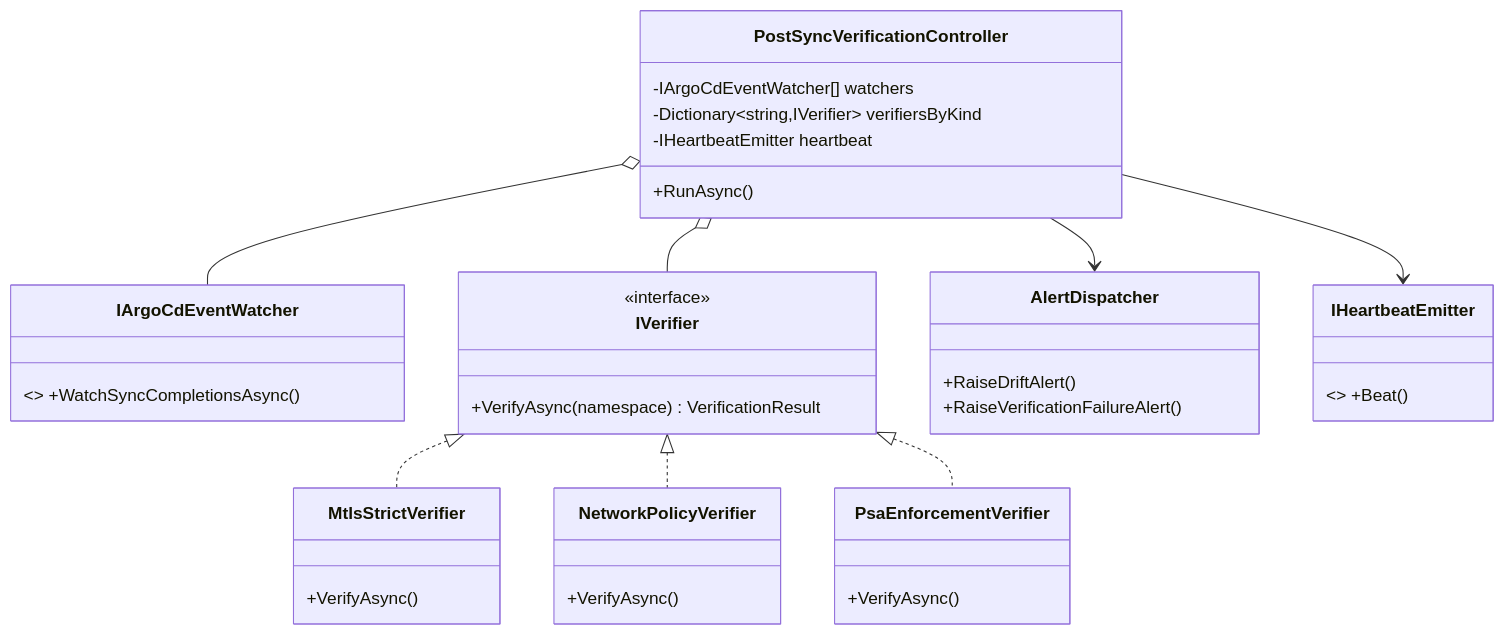
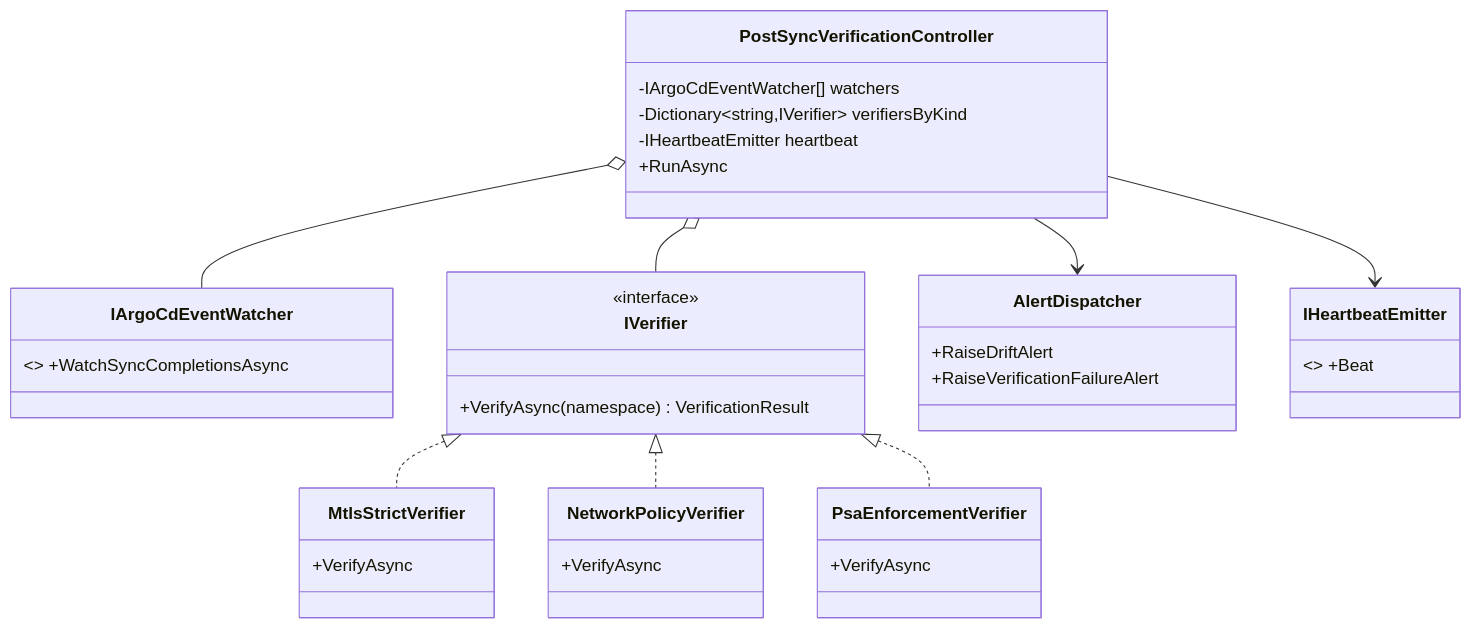
Before and after one commit to umashankarp/InterviewQuestions: the third of 4 diagrams in 23-Kubernetes/08-Observability-Multicluster-GitOps.md, drawn with Mermaid. The commit also changed other lines of this file and 173 other files, not shown here.

````diff
--- a/23-Kubernetes/08-Observability-Multicluster-GitOps.md
+++ b/23-Kubernetes/08-Observability-Multicluster-GitOps.md
@@ -448,30 +448,30 @@
 ```mermaid
 classDiagram
-    class PostSyncVerificationController {
-        -IArgoCdEventWatcher[] watchers
-        -Dictionary~string,IVerifier~ verifiersByKind
-        -IHeartbeatEmitter heartbeat
-        +RunAsync()
-    }
-    class IArgoCdEventWatcher { <<interface>> +WatchSyncCompletionsAsync() }
-    class IVerifier {
-        <<interface>>
-        +VerifyAsync(namespace) VerificationResult
-    }
-    class MtlsStrictVerifier { +VerifyAsync() }
-    class NetworkPolicyVerifier { +VerifyAsync() }
-    class PsaEnforcementVerifier { +VerifyAsync() }
-    class AlertDispatcher {
-        +RaiseDriftAlert()
-        +RaiseVerificationFailureAlert()
-    }
-    class IHeartbeatEmitter { <<interface>> +Beat() }
+ class PostSyncVerificationController {
+ -IArgoCdEventWatcher[] watchers
+ -Dictionary~string,IVerifier~ verifiersByKind
+ -IHeartbeatEmitter heartbeat
+ +RunAsync
+ }
+ class IArgoCdEventWatcher { <<interface>> +WatchSyncCompletionsAsync }
+ class IVerifier {
+ <<interface>>
+ +VerifyAsync(namespace) VerificationResult
+ }
+ class MtlsStrictVerifier { +VerifyAsync }
+ class NetworkPolicyVerifier { +VerifyAsync }
+ class PsaEnforcementVerifier { +VerifyAsync }
+ class AlertDispatcher {
+ +RaiseDriftAlert
+ +RaiseVerificationFailureAlert
+ }
+ class IHeartbeatEmitter { <<interface>> +Beat }
 
-    PostSyncVerificationController o-- IArgoCdEventWatcher
-    PostSyncVerificationController o-- IVerifier
-    PostSyncVerificationController --> AlertDispatcher
-    PostSyncVerificationController --> IHeartbeatEmitter
-    IVerifier <|.. MtlsStrictVerifier
-    IVerifier <|.. NetworkPolicyVerifier
-    IVerifier <|.. PsaEnforcementVerifier
+ PostSyncVerificationController o-- IArgoCdEventWatcher
+ PostSyncVerificationController o-- IVerifier
+ PostSyncVerificationController --> AlertDispatcher
+ PostSyncVerificationController --> IHeartbeatEmitter
+ IVerifier <|.. MtlsStrictVerifier
+ IVerifier <|.. NetworkPolicyVerifier
+ IVerifier <|.. PsaEnforcementVerifier
 ```
````
